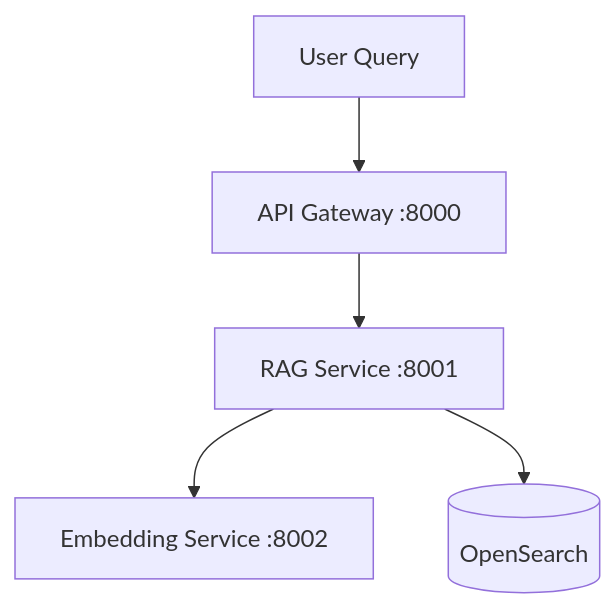
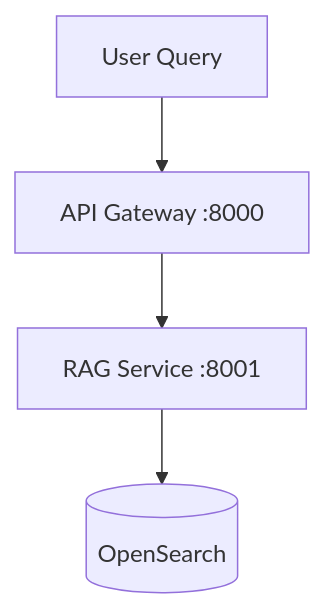
One commit to eyespan/ai-analytics-copilot changed the third of 4 diagrams in DESIGN_LEVEL2.md. Above: the diagram before and after it, drawn with Mermaid. The commit also changed other lines of this file and 3 other files, not shown here.

````diff
--- a/DESIGN_LEVEL2.md
+++ b/DESIGN_LEVEL2.md
@@ -44,13 +74,11 @@
 ```mermaid
 flowchart TD
     USER[User Query]
     API[API Gateway :8000]
     RAG[RAG Service :8001]
-    EMBQ[Embedding Service :8002]
     OS[(OpenSearch)]
 
     USER --> API
     API --> RAG
-    RAG --> EMBQ
     RAG --> OS
 ```
````
